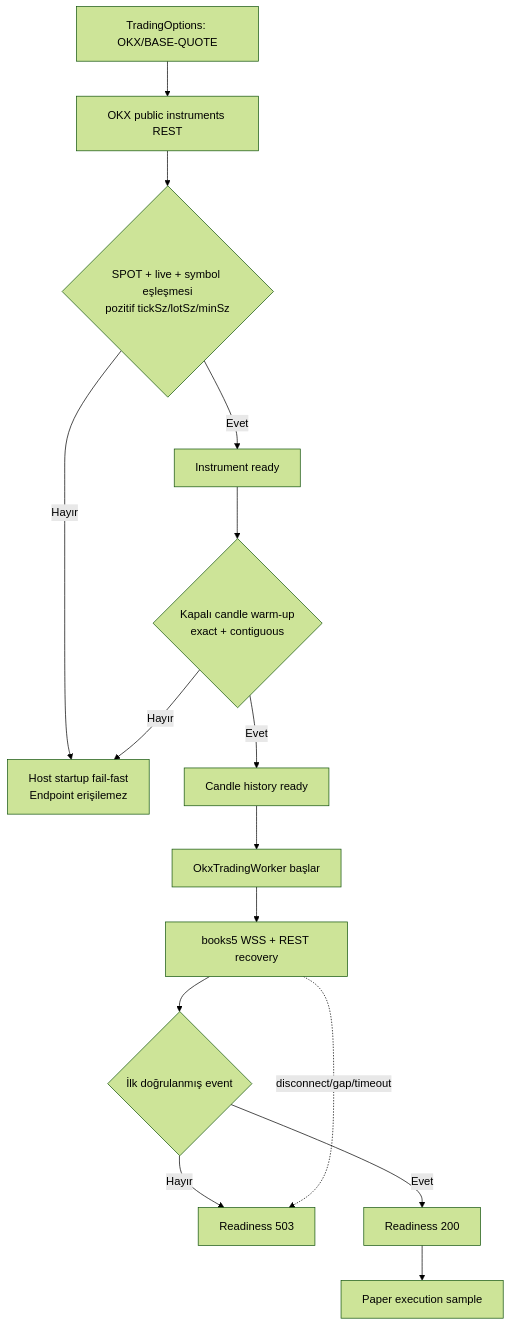
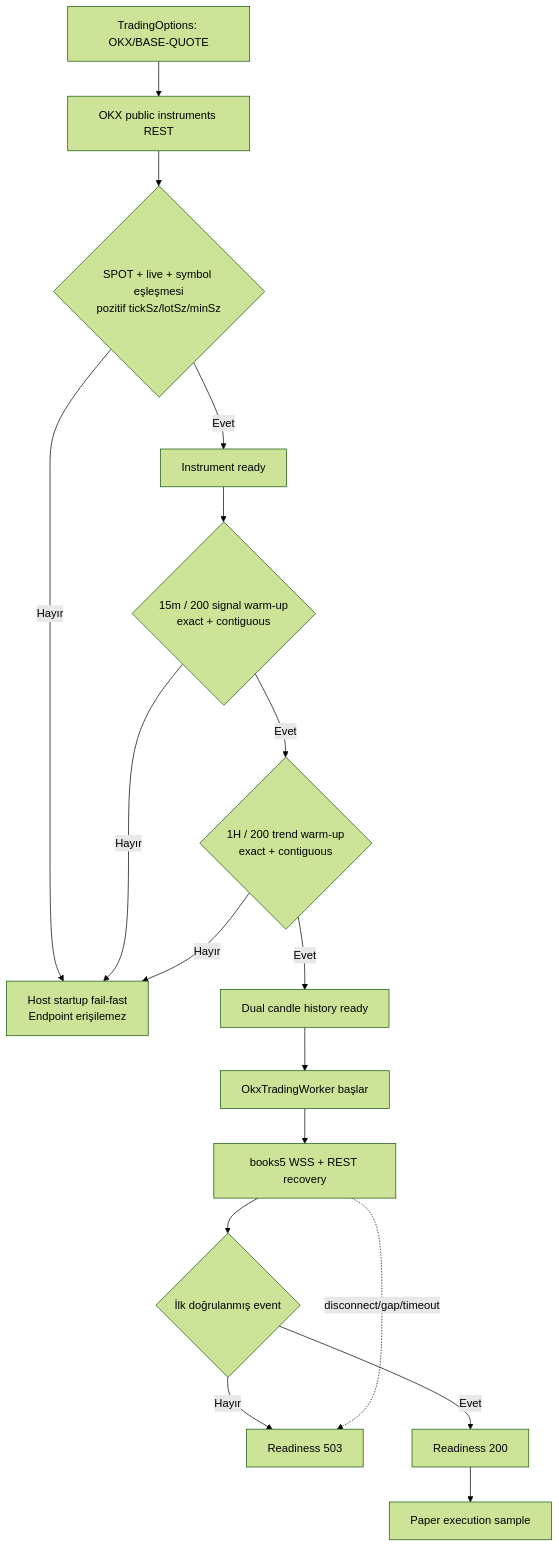
One commit to ozgenakincilar/TradingBot changed diagram 21 of 24 in docs/09-diyagramlar.md. Above: the diagram before and after it, drawn with Mermaid (forest theme). The commit also changed other lines of this file and 12 other files, not shown here.

First line of the commit message:
Require dual-timeframe strategy warm-up readiness

````diff
--- a/docs/09-diyagramlar.md
+++ b/docs/09-diyagramlar.md
@@ -475,17 +475,19 @@
 ```mermaid
 flowchart TD
     CFG[TradingOptions: OKX/BASE-QUOTE] --> CAT[OKX public instruments REST]
     CAT --> VALID{SPOT + live + symbol eşleşmesi\npozitif tickSz/lotSz/minSz}
     VALID -- Hayır --> STOP[Host startup fail-fast\nEndpoint erişilemez]
     VALID -- Evet --> IR[Instrument ready]
-    IR --> WARMUP{Kapalı candle warm-up\nexact + contiguous}
-    WARMUP -- Hayır --> STOP
-    WARMUP -- Evet --> CR[Candle history ready]
+    IR --> SIGNAL{15m / 200 signal warm-up\nexact + contiguous}
+    SIGNAL -- Hayır --> STOP
+    SIGNAL -- Evet --> TREND{1H / 200 trend warm-up\nexact + contiguous}
+    TREND -- Hayır --> STOP
+    TREND -- Evet --> CR[Dual candle history ready]
     CR --> WORKER[OkxTradingWorker başlar]
     WORKER --> WS[books5 WSS + REST recovery]
     WS --> EVENT{İlk doğrulanmış event}
     EVENT -- Hayır --> WAIT[Readiness 503]
     EVENT -- Evet --> READY[Readiness 200]
     READY --> PAPER[Paper execution sample]
     WS -. disconnect/gap/timeout .-> WAIT
 ```
````
